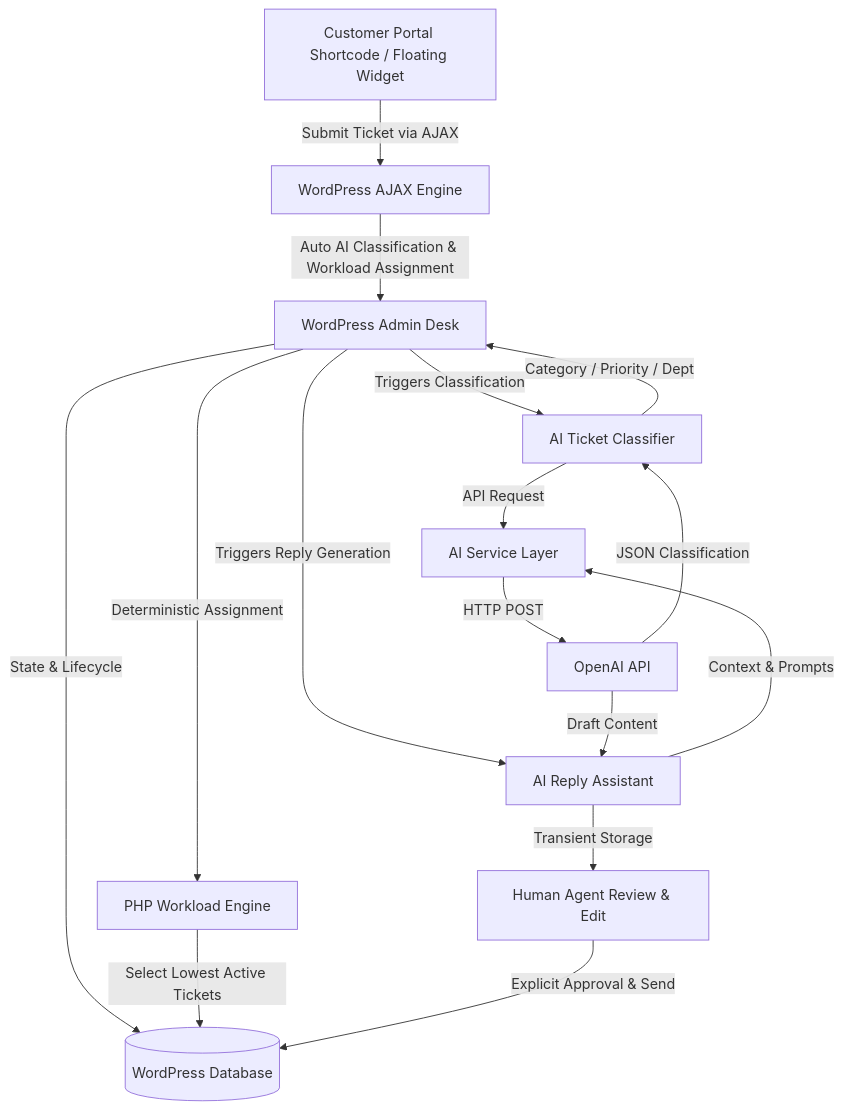
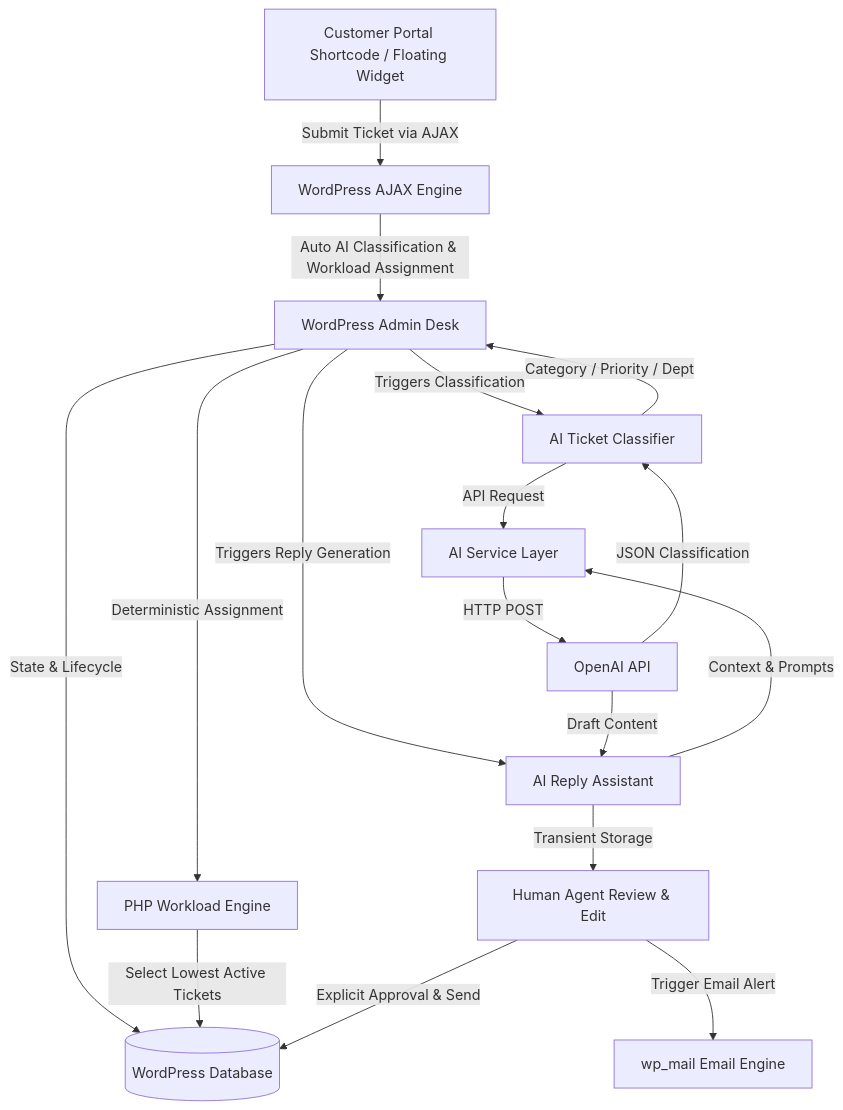
Before and after one commit to Anuu-RAG/AI-Support-Assistant: the diagram in README.md, drawn with Mermaid. The commit also changed other lines of this file, not shown here.

````diff
--- a/README.md
+++ b/README.md
@@ -11,24 +11,25 @@
 ```mermaid
 flowchart TD
     CustomerPortal[Customer Portal Shortcode / Floating Widget] -->|Submit Ticket via AJAX| AJAX[WordPress AJAX Engine]
     AJAX -->|Auto AI Classification & Workload Assignment| WP_Admin[WordPress Admin Desk]
     
     WP_Admin -->|State & Lifecycle| DB[(WordPress Database)]
     
     WP_Admin -->|Triggers Classification| Classifier[AI Ticket Classifier]
     Classifier -->|API Request| AIService[AI Service Layer]
     AIService -->|HTTP POST| OpenAI[OpenAI API]
     
     OpenAI -->|JSON Classification| Classifier
     Classifier -->|Category / Priority / Dept| WP_Admin
     
     WP_Admin -->|Deterministic Assignment| WorkloadEngine[PHP Workload Engine]
     WorkloadEngine -->|Select Lowest Active Tickets| DB
     
     WP_Admin -->|Triggers Reply Generation| ReplyDraft[AI Reply Assistant]
     ReplyDraft -->|Context & Prompts| AIService
     OpenAI -->|Draft Content| ReplyDraft
     
     ReplyDraft -->|Transient Storage| HumanReview[Human Agent Review & Edit]
     HumanReview -->|Explicit Approval & Send| DB
+    HumanReview -->|Trigger Email Alert| Email[wp_mail Email Engine]
 ```
````
